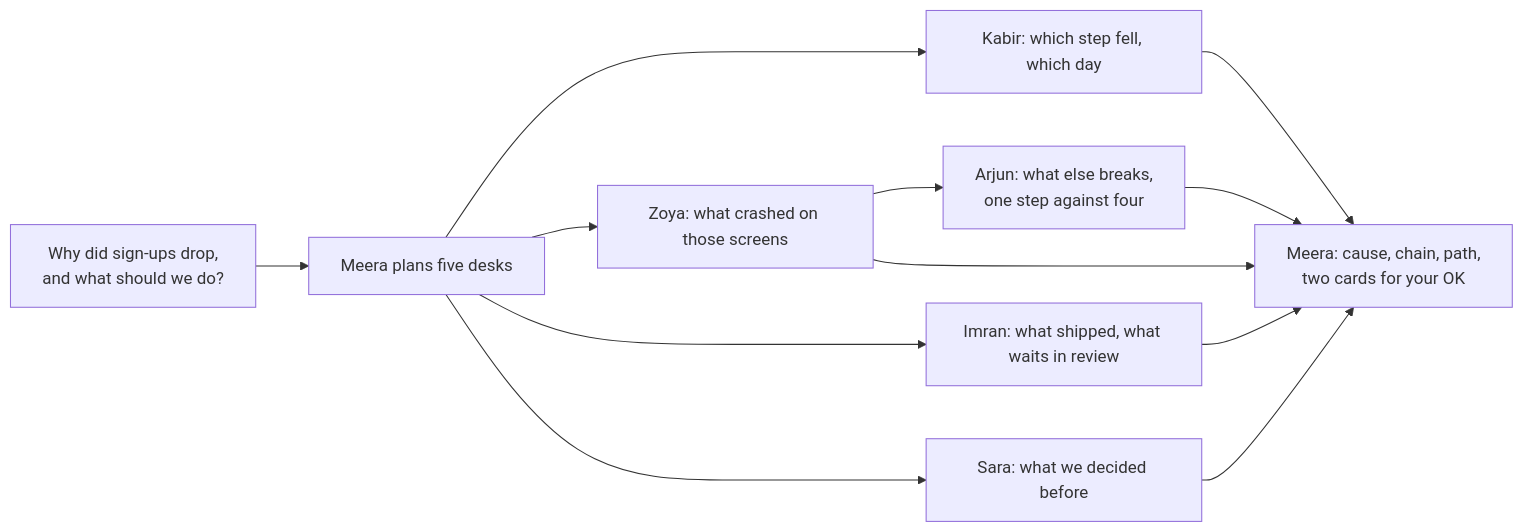
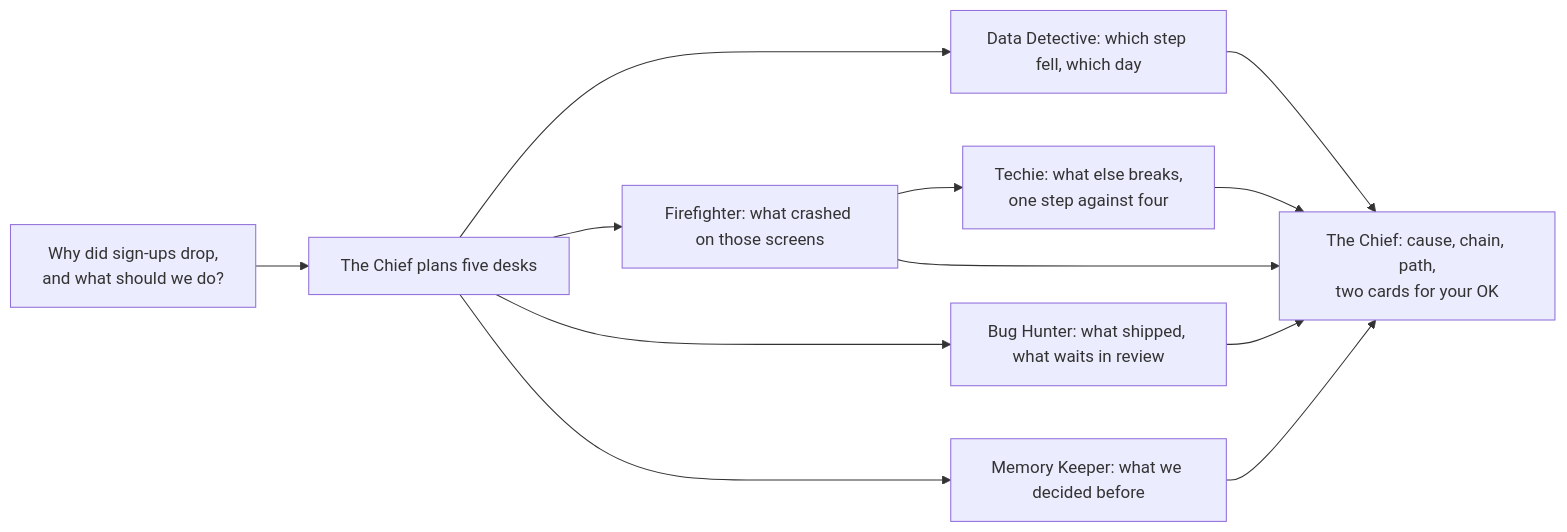
The first of 5 diagrams in README.md (Ankit-Vohra/allevia-company-brain), drawn with Mermaid before and after one commit. The commit also changed other lines of this file and 5 other files, not shown here.

````diff
--- a/README.md
+++ b/README.md
@@ -30,10 +30,10 @@
 ```mermaid
 flowchart LR
-  Q["Why did sign-ups drop,<br/>and what should we do?"] --> M[Meera plans five desks]
-  M --> K["Kabir: which step fell, which day"]
-  M --> Z["Zoya: what crashed on those screens"]
-  M --> I["Imran: what shipped, what waits in review"]
-  M --> S["Sara: what we decided before"]
-  Z --> A["Arjun: what else breaks,<br/>one step against four"]
-  K & Z & I & S & A --> C["Meera: cause, chain, path,<br/>two cards for your OK"]
+  Q["Why did sign-ups drop,<br/>and what should we do?"] --> M[The Chief plans five desks]
+  M --> K["Data Detective: which step fell, which day"]
+  M --> Z["Firefighter: what crashed on those screens"]
+  M --> I["Bug Hunter: what shipped, what waits in review"]
+  M --> S["Memory Keeper: what we decided before"]
+  Z --> A["Techie: what else breaks,<br/>one step against four"]
+  K & Z & I & S & A --> C["The Chief: cause, chain, path,<br/>two cards for your OK"]
 ```
````
